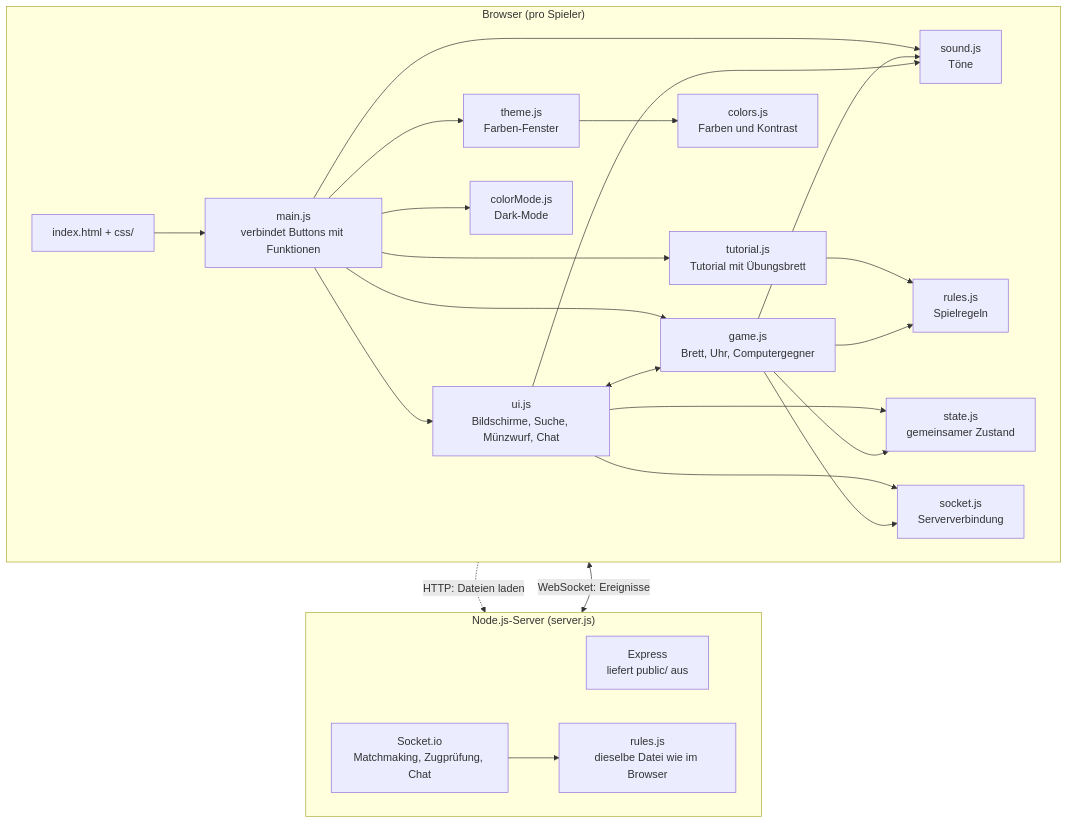
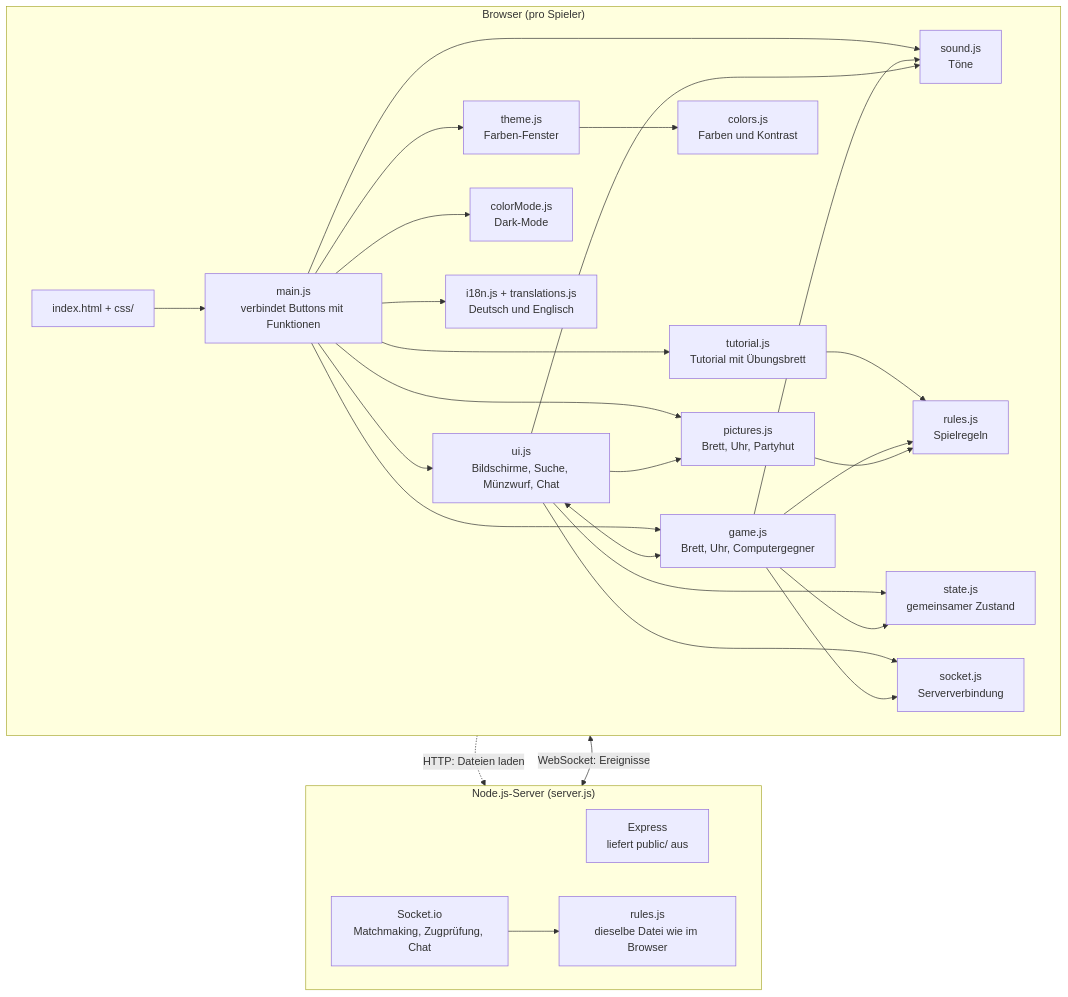
One commit to flofries00/WebProgDHBWDame changed the first of 2 diagrams in README.md. Above: the diagram before and after it, drawn with Mermaid. The commit also changed other lines of this file, not shown here.

Commit message:
README: Setup-Karten, pictures.js in Dateistruktur und Diagramm, i18n im Diagramm, Erweiterungen aktualisiert

````diff
--- a/README.md
+++ b/README.md
@@ -158,46 +160,52 @@
 ```mermaid
 flowchart TB
     subgraph Browser["Browser (pro Spieler)"]
         direction LR
         HTML["index.html + css/"]
         Main["main.js<br/>verbindet Buttons mit Funktionen"]
         UI["ui.js<br/>Bildschirme, Suche, Münzwurf, Chat"]
         Game["game.js<br/>Brett, Uhr, Computergegner"]
         RulesC["rules.js<br/>Spielregeln"]
         Sound["sound.js<br/>Töne"]
         Theme["theme.js<br/>Farben-Fenster"]
         Colors["colors.js<br/>Farben und Kontrast"]
         ColorMode["colorMode.js<br/>Dark-Mode"]
         Tutorial["tutorial.js<br/>Tutorial mit Übungsbrett"]
         State["state.js<br/>gemeinsamer Zustand"]
         SocketC["socket.js<br/>Serververbindung"]
+        I18n["i18n.js + translations.js<br/>Deutsch und Englisch"]
+        Pictures["pictures.js<br/>Brett, Uhr, Partyhut"]
         HTML --> Main
         Main --> UI
         Main --> Game
         Main --> Sound
         Main --> Theme
         Main --> ColorMode
         Main --> Tutorial
         Tutorial --> RulesC
         Theme --> Colors
         UI <--> Game
         Game --> RulesC
         Game --> Sound
         UI --> Sound
         UI --> State
         Game --> State
         UI --> SocketC
         Game --> SocketC
+        Main --> I18n
+        Main --> Pictures
+        UI --> Pictures
+        Pictures --> RulesC
     end
 
     subgraph Server["Node.js-Server (server.js)"]
         direction LR
         Express["Express<br/>liefert public/ aus"]
         IO["Socket.io<br/>Matchmaking, Zugprüfung, Chat"]
         RulesS["rules.js<br/>dieselbe Datei wie im Browser"]
         IO --> RulesS
     end
 
     HTML -.->|"HTTP: Dateien laden"| Express
     SocketC <-->|"WebSocket: Ereignisse"| IO
 ```
````
